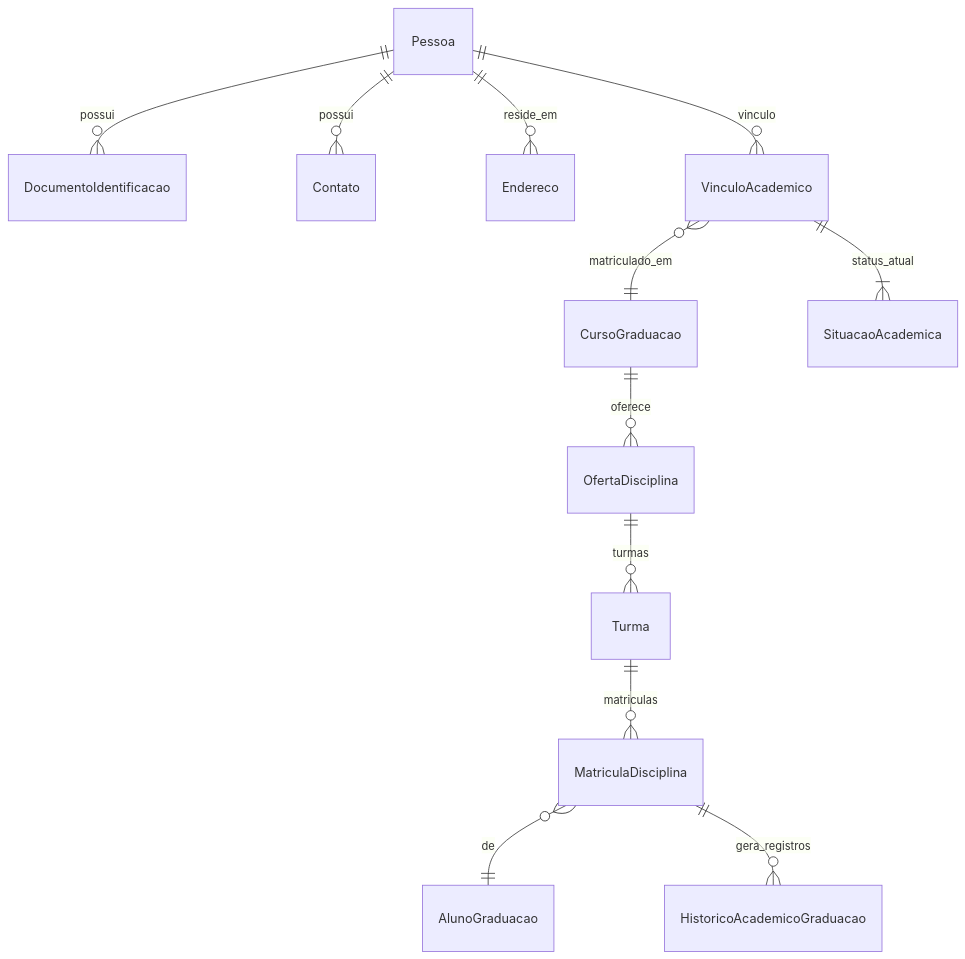
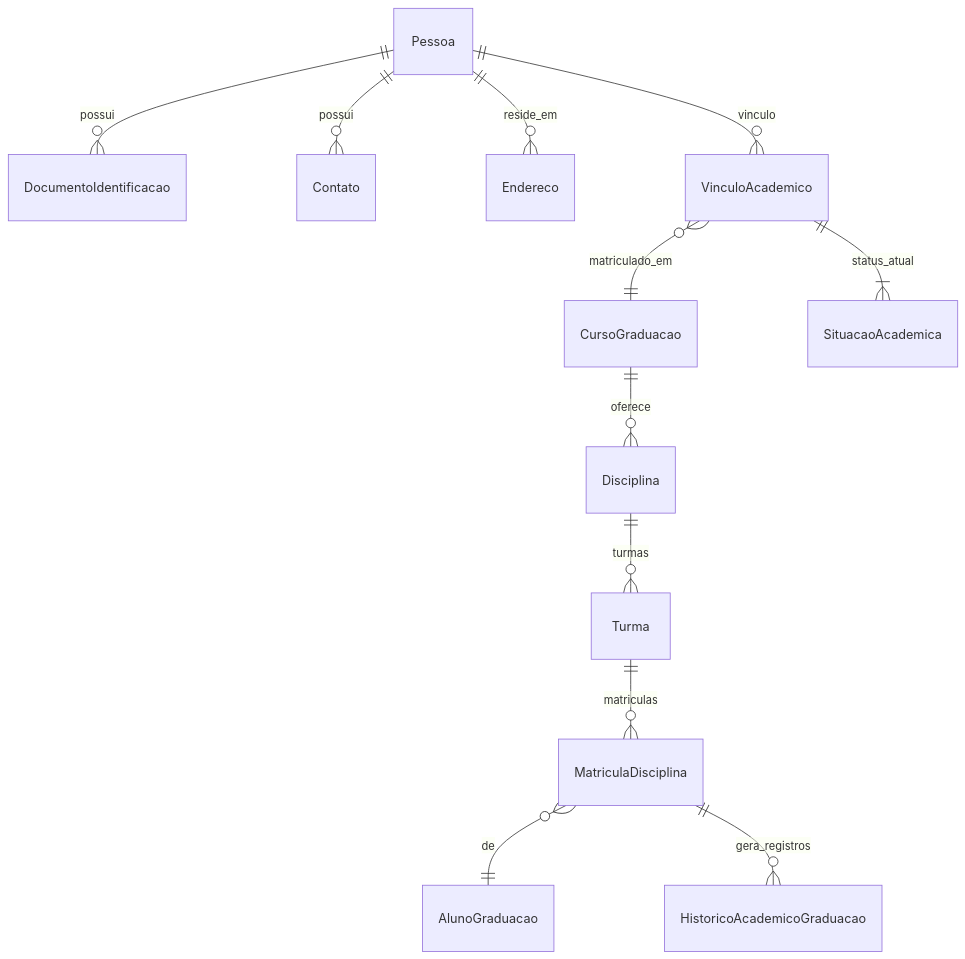
The first of 2 diagrams in planejamento/modulos/graduacao.md (ydirickson/TCC-MBAEsalq), drawn with Mermaid before and after one commit. The commit also changed other lines of this file and 18 other files, not shown here.

````diff
--- a/planejamento/modulos/graduacao.md
+++ b/planejamento/modulos/graduacao.md
@@ -20,16 +20,16 @@
 ```mermaid
 erDiagram
   Pessoa ||--o{ DocumentoIdentificacao : possui
   Pessoa ||--o{ Contato : possui
   Pessoa ||--o{ Endereco : reside_em
 
   Pessoa ||--o{ VinculoAcademico : vinculo
   VinculoAcademico }o--|| CursoGraduacao : matriculado_em
   VinculoAcademico ||--|{ SituacaoAcademica : status_atual
 
-  CursoGraduacao ||--o{ OfertaDisciplina : oferece
-  OfertaDisciplina ||--o{ Turma : turmas
+  CursoGraduacao ||--o{ Disciplina : oferece
+  Disciplina ||--o{ Turma : turmas
   Turma ||--o{ MatriculaDisciplina : matriculas
   MatriculaDisciplina }o--|| AlunoGraduacao : de
   MatriculaDisciplina ||--o{ HistoricoAcademicoGraduacao : gera_registros
 ```
````
